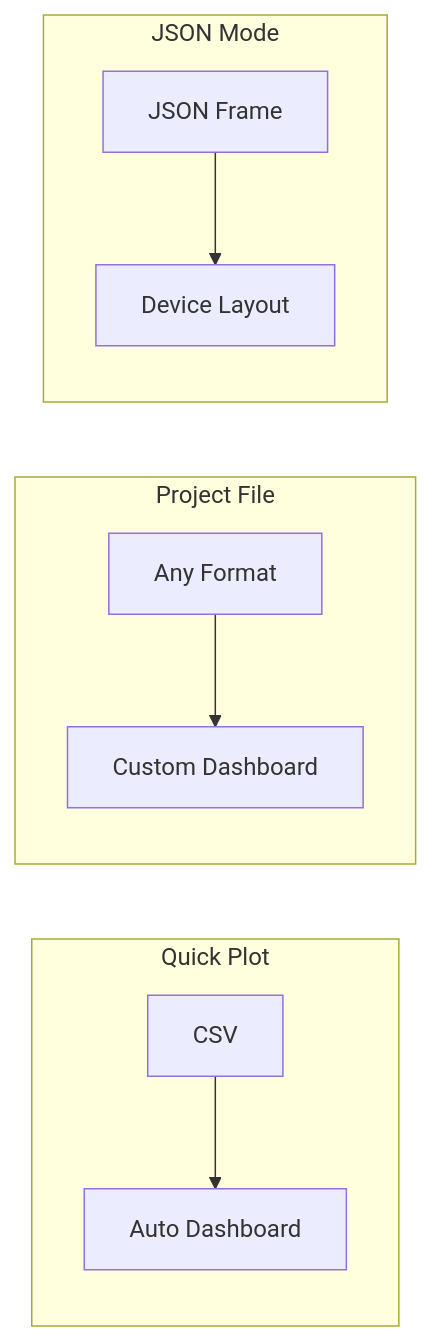
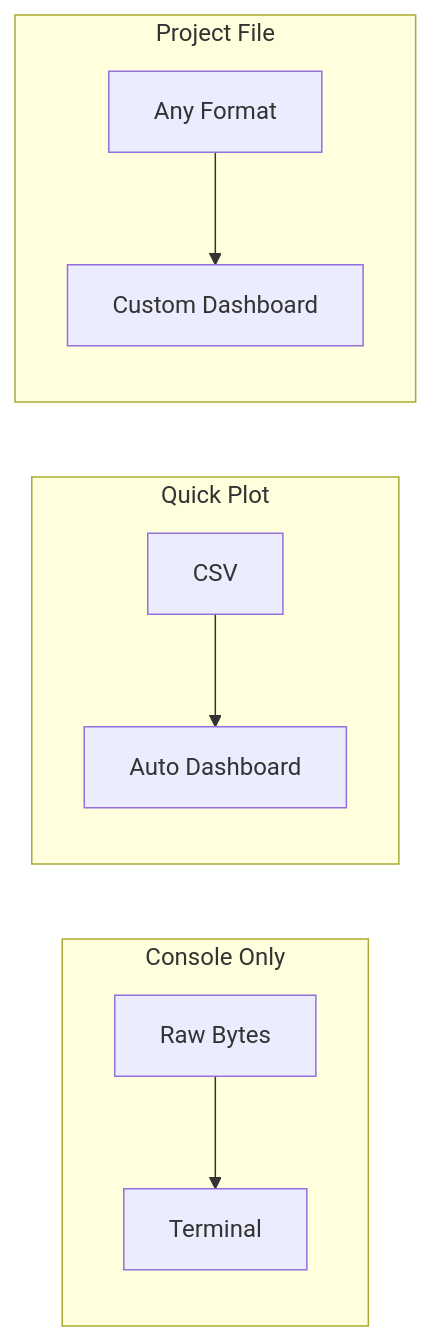
The diagram in doc/help/Operation-Modes.md (Serial-Studio/Serial-Studio), drawn with Mermaid before and after one commit. The commit also changed other lines of this file and 5 other files, not shown here.

First line of the commit message:
docs: replace Device Sends JSON mode with Console Only

````diff
--- a/doc/help/Operation-Modes.md
+++ b/doc/help/Operation-Modes.md
@@ -15,12 +15,12 @@
 ```mermaid
 flowchart LR
+    subgraph CO["Console Only"]
+        C1["Raw Bytes"] --> C2["Terminal"]
+    end
     subgraph QP["Quick Plot"]
         Q1["CSV"] --> Q2["Auto Dashboard"]
     end
     subgraph PF["Project File"]
         P1["Any Format"] --> P2["Custom Dashboard"]
     end
-    subgraph JSON["JSON Mode"]
-        J1["JSON Frame"] --> J2["Device Layout"]
-    end
 ```
````
